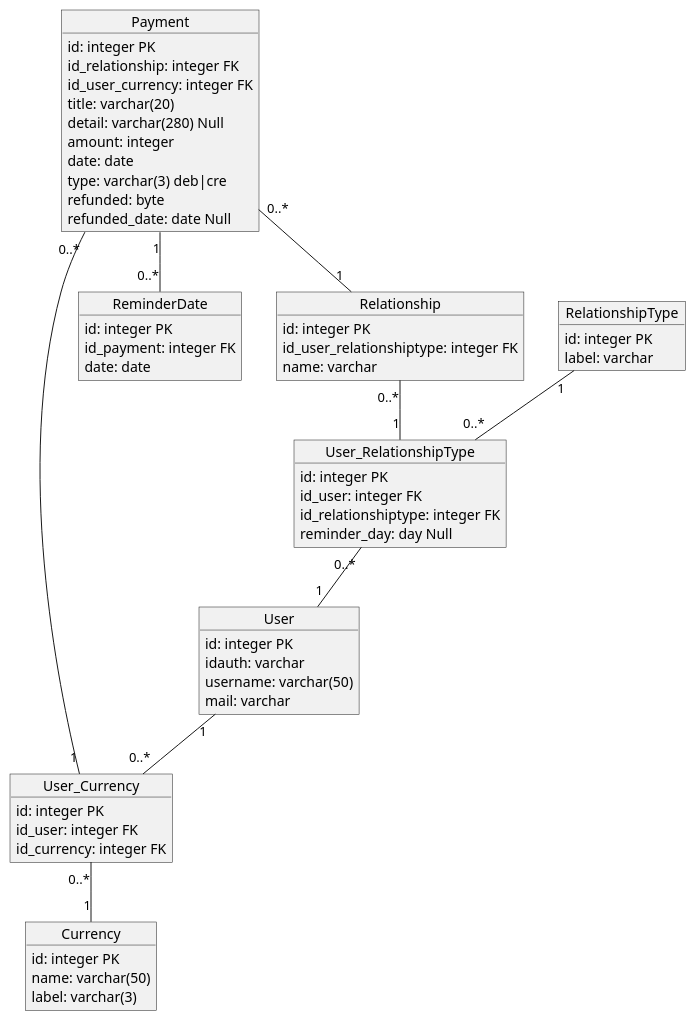
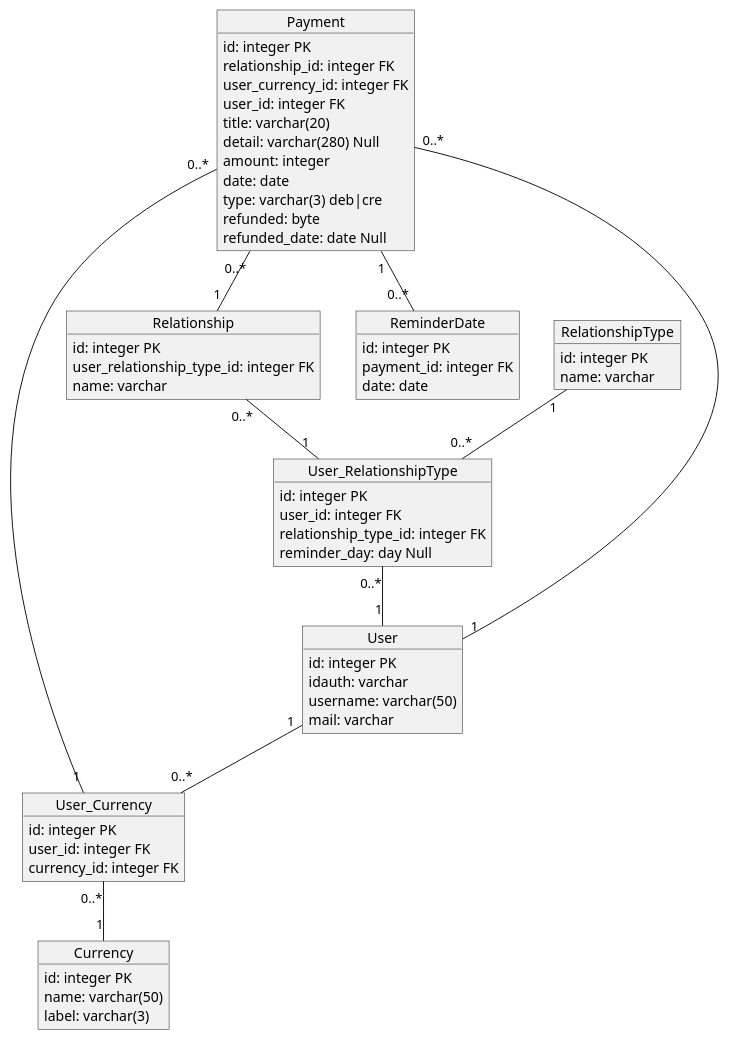
Before and after one commit to kingdomflo/M-A-R-X_Backend: the diagram in plantUml/class.puml, drawn with PlantUML. The commit also changed 12 other files, not shown here.

```diff
--- a/plantUml/class.puml
+++ b/plantUml/class.puml
@@ -1,66 +1,68 @@
 @startuml class
 object User {
   id: integer PK
   idauth: varchar
   username: varchar(50)
   mail: varchar
 }
 
 object Relationship {
   id: integer PK
-  id_user_relationshiptype: integer FK
+  user_relationship_type_id: integer FK
   name: varchar
 }
 
 object RelationshipType {
   id: integer PK
-  label: varchar
+  name: varchar
 }
 
 object User_RelationshipType {
   id: integer PK
-  id_user: integer FK
-  id_relationshiptype: integer FK
+  user_id: integer FK
+  relationship_type_id: integer FK
   reminder_day: day Null
 }
 
 object Currency {
   id: integer PK
   name: varchar(50)
   label: varchar(3)
 }
 
 object User_Currency {
   id: integer PK
-  id_user: integer FK
-  id_currency: integer FK
+  user_id: integer FK
+  currency_id: integer FK
 }
 
 object Payment {
   id: integer PK
-  id_relationship: integer FK
-  id_user_currency: integer FK
+  relationship_id: integer FK
+  user_currency_id: integer FK
+  user_id: integer FK
   title: varchar(20)
   detail: varchar(280) Null
   amount: integer
   date: date
   type: varchar(3) deb|cre
   refunded: byte
   refunded_date: date Null
 }
 
 object ReminderDate {
   id: integer PK
-  id_payment: integer FK
+  payment_id: integer FK
   date: date
 }
 
 Relationship "0..*" -- "1" User_RelationshipType
 RelationshipType "1" -- "0..*" User_RelationshipType
 User_RelationshipType "0..*" -- "1" User
 User_Currency "0..*" -- "1" Currency
 User "1" -- "0..*" User_Currency
 Payment "0..*" -- "1" Relationship
+Payment "0..*" -- "1" User
 Payment "0..*" -- "1" User_Currency
 Payment "1" -- "0..*" ReminderDate
 @enduml
```
